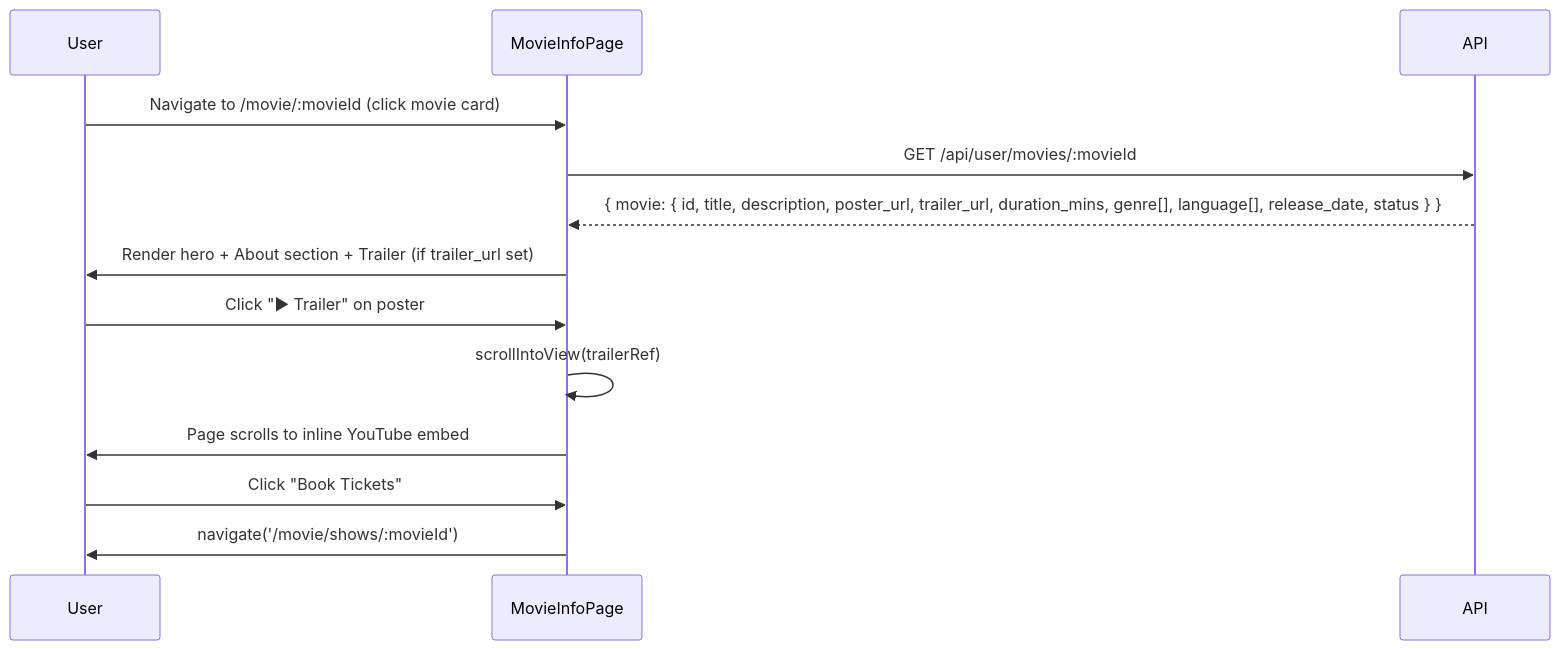
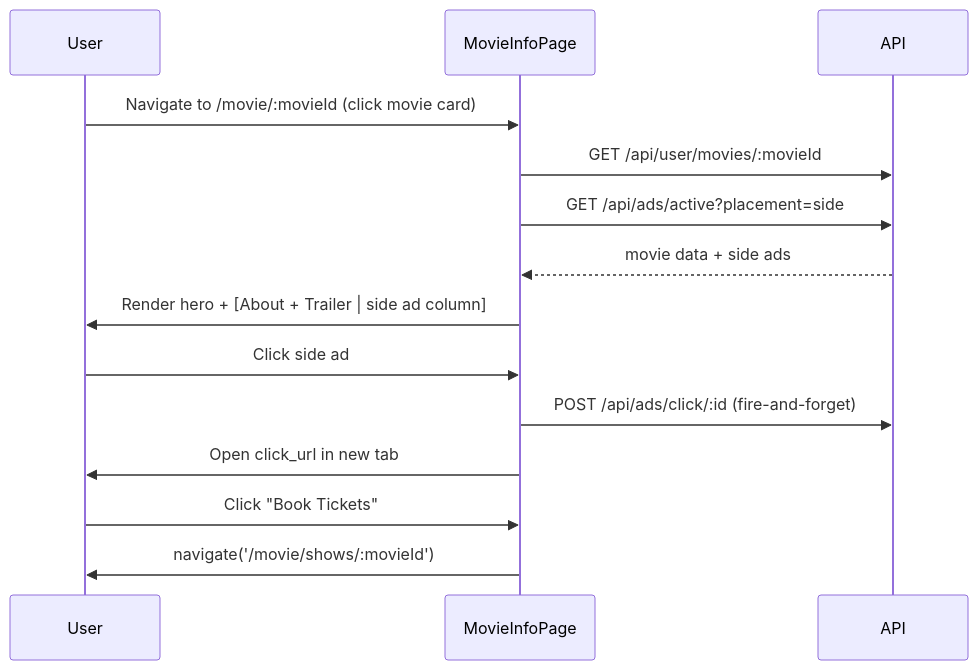
Diagram 18 of 19 in users.md (hduraimurugan/cinema-app-docs), drawn with Mermaid before and after one commit. The commit also changed other lines of this file and 4 other files, not shown here.

Commit message:
update: add Ads Management system with CRUD operations and integrate dynamic ad banners in user interface

````diff
--- a/users.md
+++ b/users.md
@@ -869,18 +908,20 @@
 ```mermaid
 sequenceDiagram
     participant User
     participant MovieInfoPage
     participant API
 
     User->>MovieInfoPage: Navigate to /movie/:movieId (click movie card)
     MovieInfoPage->>API: GET /api/user/movies/:movieId
-    API-->>MovieInfoPage: { movie: { id, title, description, poster_url, trailer_url, duration_mins, genre[], language[], release_date, status } }
-    MovieInfoPage->>User: Render hero + About section + Trailer (if trailer_url set)
+    MovieInfoPage->>API: GET /api/ads/active?placement=side
+    API-->>MovieInfoPage: movie data + side ads
 
-    User->>MovieInfoPage: Click "▶ Trailer" on poster
-    MovieInfoPage->>MovieInfoPage: scrollIntoView(trailerRef)
-    MovieInfoPage->>User: Page scrolls to inline YouTube embed
+    MovieInfoPage->>User: Render hero + [About + Trailer | side ad column]
+
+    User->>MovieInfoPage: Click side ad
+    MovieInfoPage->>API: POST /api/ads/click/:id (fire-and-forget)
+    MovieInfoPage->>User: Open click_url in new tab
 
     User->>MovieInfoPage: Click "Book Tickets"
     MovieInfoPage->>User: navigate('/movie/shows/:movieId')
 ```
````
